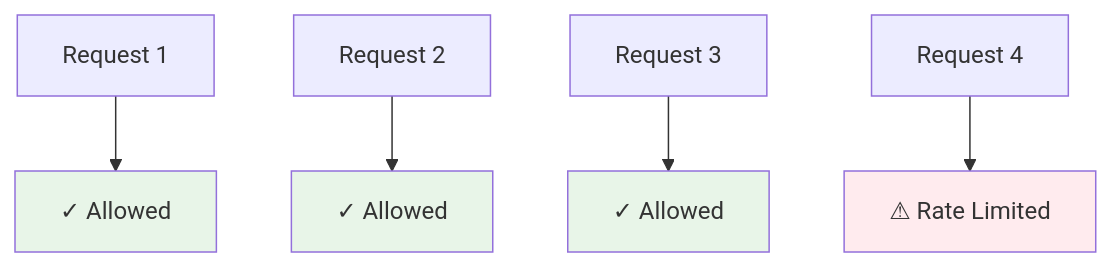
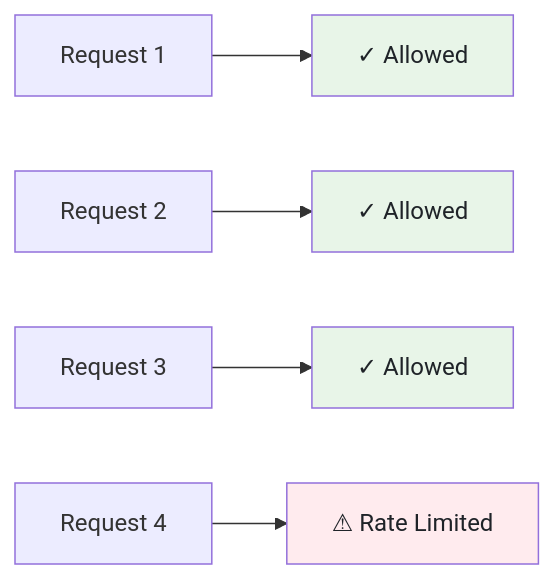
One commit to bytetunnels/bytetunnels.github.com changed the second of 3 diagrams in _posts/2025-05-10-web-scraping-terms-explained.md. Above: the diagram before and after it, drawn with Mermaid. The commit also changed other lines of this file and 118 other files, not shown here.

Commit message:
feat: improve diagram styling and compact wide flowcharts

````diff
--- a/_posts/2025-05-10-web-scraping-terms-explained.md
+++ b/_posts/2025-05-10-web-scraping-terms-explained.md
@@ -111,17 +111,17 @@
 ```mermaid
-graph TD
+graph LR
     A[Request 1]
     C[Request 2]
     E[Request 3]
     G[Request 4]
 
     A --> B["✓ Allowed"]
     C --> D["✓ Allowed"]
     E --> F["✓ Allowed"]
     G --> H["⚠ Rate Limited"]
 
-    style B fill:#e8f5e8
-    style D fill:#e8f5e8
-    style F fill:#e8f5e8
-    style H fill:#ffebee
+    style B fill:#e8f5e8,color:#1f2328
+    style D fill:#e8f5e8,color:#1f2328
+    style F fill:#e8f5e8,color:#1f2328
+    style H fill:#ffebee,color:#1f2328
 ```
````
